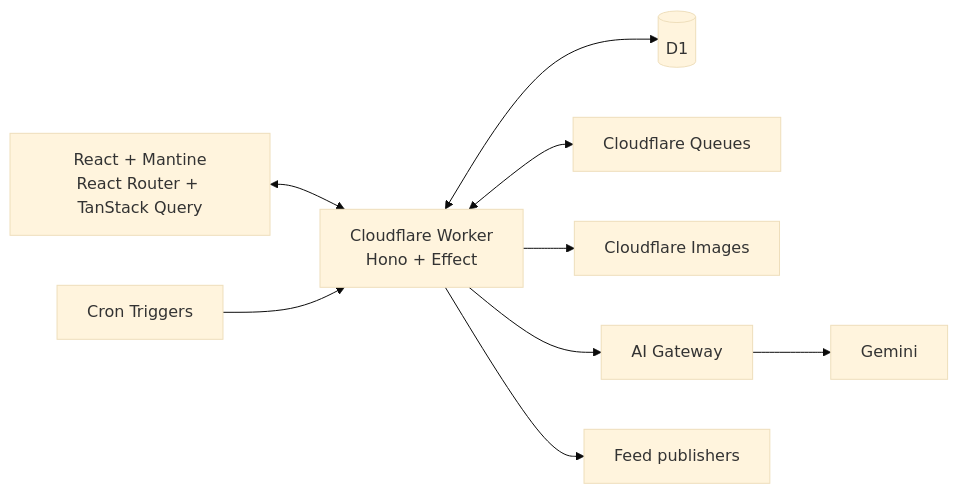
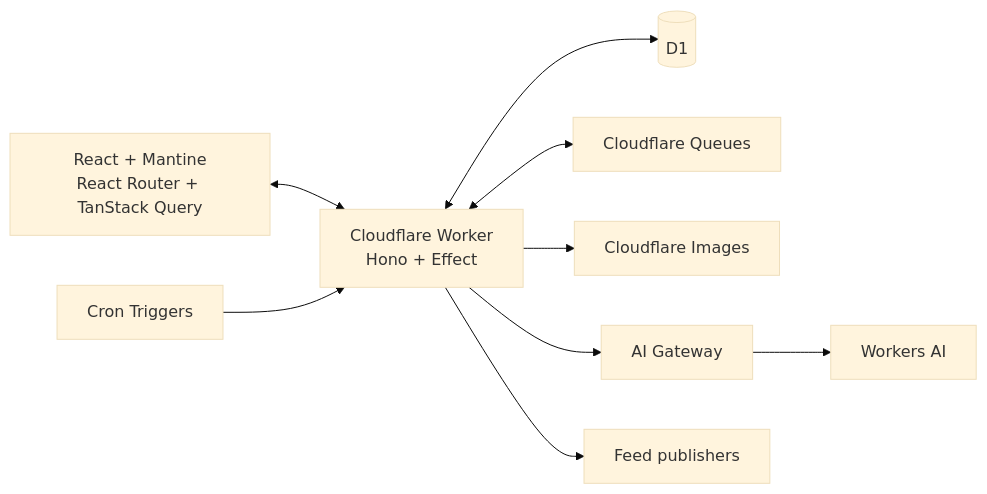
Before and after one commit to angristan/larafeed: the diagram in README.md, drawn with Mermaid (base theme). The commit also changed other lines of this file and 19 other files, not shown here.

````diff
--- a/README.md
+++ b/README.md
@@ -49,20 +49,20 @@
 ```mermaid
 flowchart LR
     Browser["React + Mantine<br/>React Router + TanStack Query"]
     Worker["Cloudflare Worker<br/>Hono + Effect"]
     D1[(D1)]
     Queues[Cloudflare Queues]
     Cron[Cron Triggers]
     Images[Cloudflare Images]
     AI[AI Gateway]
-    Gemini[Gemini]
+    WorkersAI[Workers AI]
     Feeds[Feed publishers]
 
     Browser <--> Worker
     Worker <--> D1
     Worker <--> Queues
     Cron --> Worker
     Worker --> Images
-    Worker --> AI --> Gemini
+    Worker --> AI --> WorkersAI
     Worker --> Feeds
 ```
````
